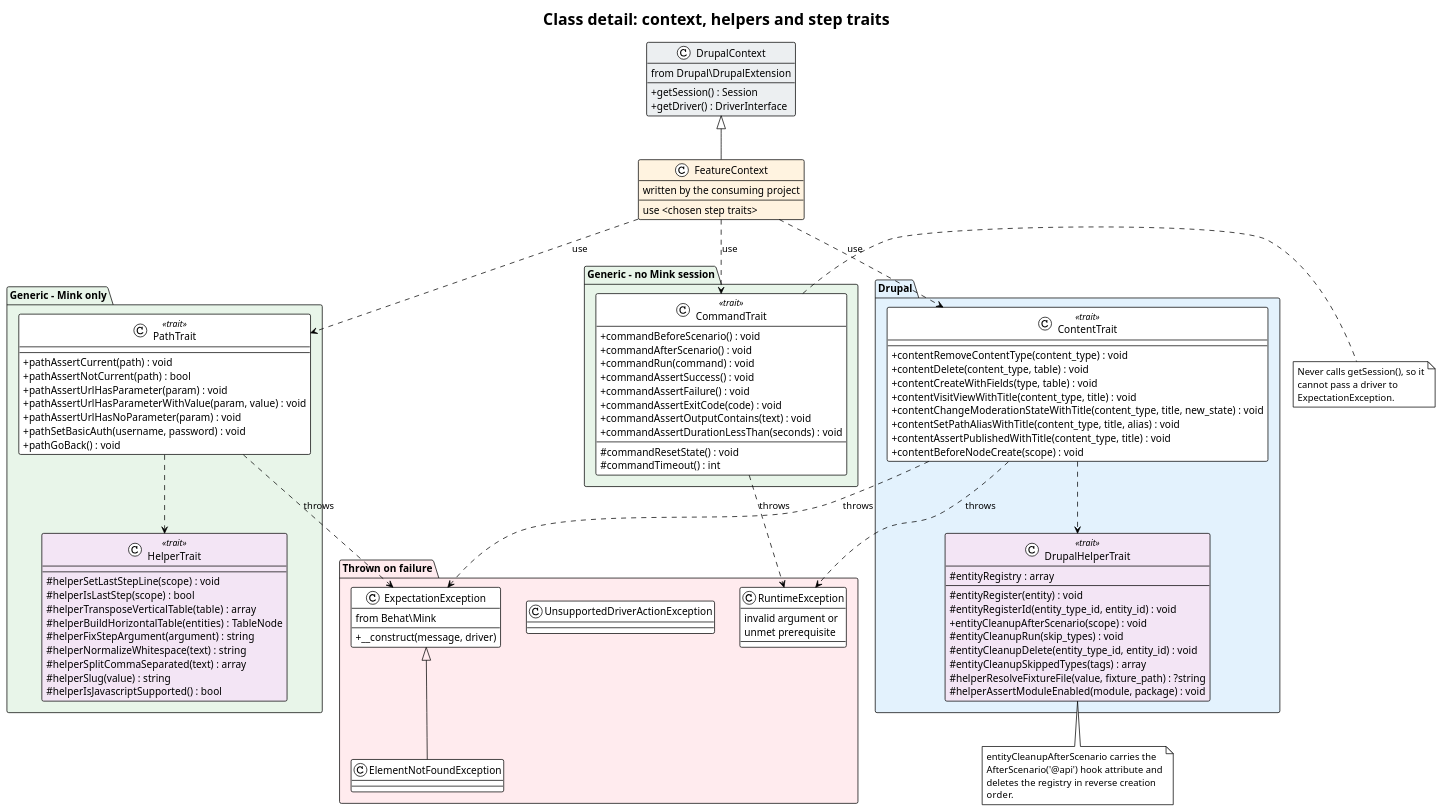
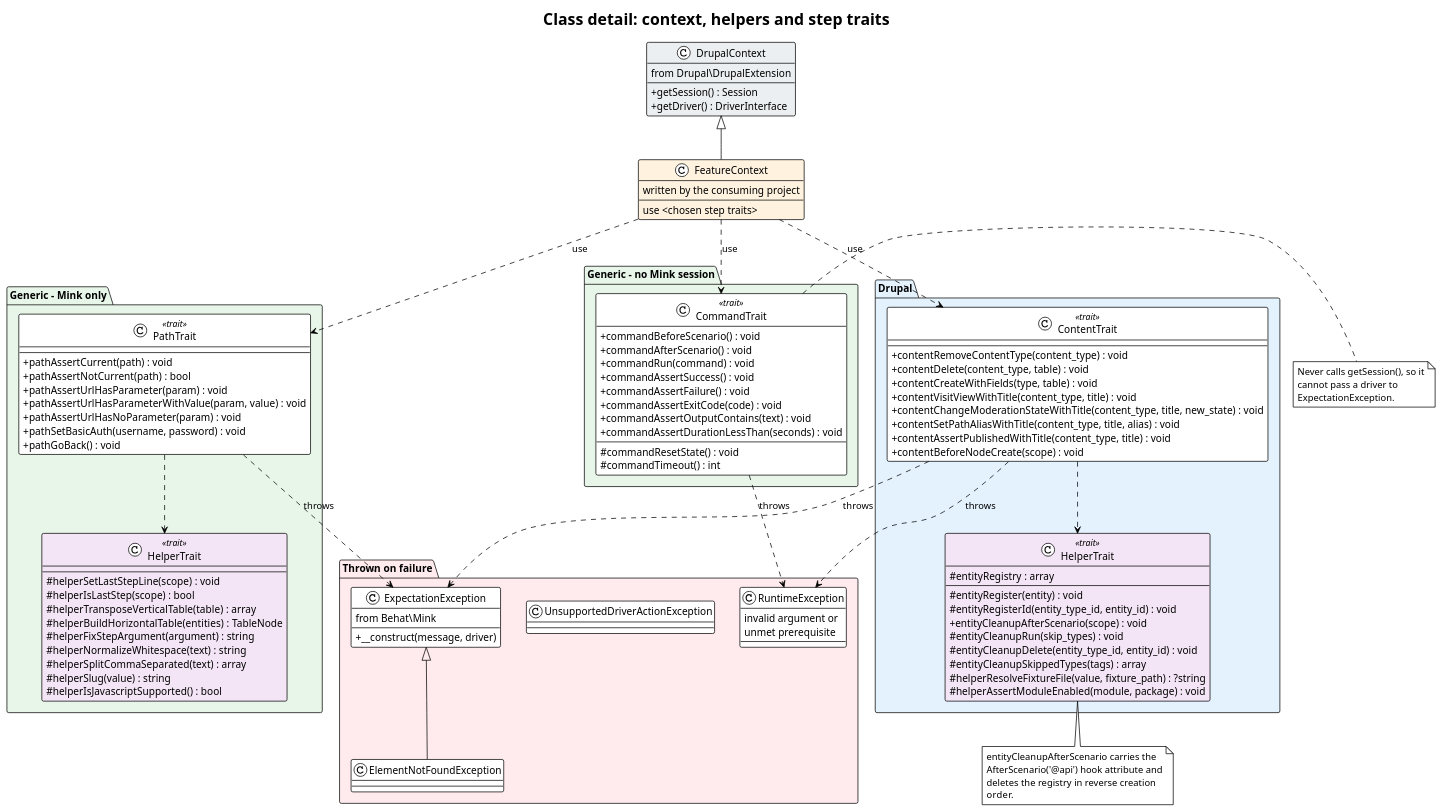
Before and after one commit to drevops/behat-steps: the diagram in docs/architecture/class-context.puml, drawn with PlantUML. The commit also changed 7 other files, not shown here.

Commit message:
Addressed code review: corrected the Java prerequisite, the PNG render path, the helper trait name and the docs.php exit branches.

```diff
--- a/docs/architecture/class-context.puml
+++ b/docs/architecture/class-context.puml
@@ -1,135 +1,135 @@
 @startuml
 ' drevops/behat-steps - members of the context, the helpers and 3 representative
 ' step traits, plus the exceptions a failing step throws.
 ' Traced from tests/behat/bootstrap/FeatureContext.php, src/HelperTrait.php,
 ' src/Drupal/HelperTrait.php, src/PathTrait.php, src/CommandTrait.php,
 ' src/Drupal/ContentTrait.php.
 ' Regenerate every SVG with:  plantuml -tsvg docs/architecture/*.puml
 !theme plain
 skinparam backgroundColor white
 skinparam defaultFontName Helvetica
 skinparam shadowing false
 skinparam classAttributeIconSize 0
 title Class detail: context, helpers and step traits
 
 class DrupalContext #ECEFF1 {
   from Drupal\\DrupalExtension
   --
   +getSession() : Session
   +getDriver() : DriverInterface
 }
 
 class FeatureContext #FFF3E0 {
   written by the consuming project
   --
   use <chosen step traits>
 }
 
 DrupalContext <|-- FeatureContext
 
 package "Generic - Mink only" #E8F5E9 {
   class PathTrait <<trait>> {
     +pathAssertCurrent(path) : void
     +pathAssertNotCurrent(path) : bool
     +pathAssertUrlHasParameter(param) : void
     +pathAssertUrlHasParameterWithValue(param, value) : void
     +pathAssertUrlHasNoParameter(param) : void
     +pathSetBasicAuth(username, password) : void
     +pathGoBack() : void
   }
 
   class HelperTrait <<trait>> #F3E5F5 {
     #helperSetLastStepLine(scope) : void
     #helperIsLastStep(scope) : bool
     #helperTransposeVerticalTable(table) : array
     #helperBuildHorizontalTable(entities) : TableNode
     #helperFixStepArgument(argument) : string
     #helperNormalizeWhitespace(text) : string
     #helperSplitCommaSeparated(text) : array
     #helperSlug(value) : string
     #helperIsJavascriptSupported() : bool
   }
 }
 
 package "Generic - no Mink session" #E8F5E9 {
   class CommandTrait <<trait>> {
     +commandBeforeScenario() : void
     +commandAfterScenario() : void
     +commandRun(command) : void
     +commandAssertSuccess() : void
     +commandAssertFailure() : void
     +commandAssertExitCode(code) : void
     +commandAssertOutputContains(text) : void
     +commandAssertDurationLessThan(seconds) : void
     --
     #commandResetState() : void
     #commandTimeout() : int
   }
 }
 
 package "Drupal" #E3F2FD {
   class ContentTrait <<trait>> {
     +contentRemoveContentType(content_type) : void
     +contentDelete(content_type, table) : void
     +contentCreateWithFields(type, table) : void
     +contentVisitViewWithTitle(content_type, title) : void
     +contentChangeModerationStateWithTitle(content_type, title, new_state) : void
     +contentSetPathAliasWithTitle(content_type, title, alias) : void
     +contentAssertPublishedWithTitle(content_type, title) : void
     +contentBeforeNodeCreate(scope) : void
   }
 
-  class DrupalHelperTrait <<trait>> #F3E5F5 {
+  class "HelperTrait" as DrupalHelperTrait <<trait>> #F3E5F5 {
     #entityRegistry : array
     --
     #entityRegister(entity) : void
     #entityRegisterId(entity_type_id, entity_id) : void
     +entityCleanupAfterScenario(scope) : void
     #entityCleanupRun(skip_types) : void
     #entityCleanupDelete(entity_type_id, entity_id) : void
     #entityCleanupSkippedTypes(tags) : array
     #helperResolveFixtureFile(value, fixture_path) : ?string
     #helperAssertModuleEnabled(module, package) : void
   }
 }
 
 package "Thrown on failure" #FFEBEE {
   class ExpectationException {
     from Behat\\Mink
     --
     +__construct(message, driver)
   }
   class ElementNotFoundException
   class UnsupportedDriverActionException
   class RuntimeException {
     invalid argument or
     unmet prerequisite
   }
   ExpectationException <|-- ElementNotFoundException
 }
 
 FeatureContext ..> PathTrait : use
 FeatureContext ..> CommandTrait : use
 FeatureContext ..> ContentTrait : use
 
 PathTrait ..> HelperTrait
 ContentTrait ..> DrupalHelperTrait
 
 PathTrait ..> ExpectationException : throws
 ContentTrait ..> ExpectationException : throws
 ContentTrait ..> RuntimeException : throws
 CommandTrait ..> RuntimeException : throws
 
 note right of CommandTrait
   Never calls getSession(), so it
   cannot pass a driver to
   ExpectationException.
 end note
 
 note bottom of DrupalHelperTrait
   entityCleanupAfterScenario carries the
   AfterScenario('@api') hook attribute and
   deletes the registry in reverse creation
   order.
 end note
 @enduml
```
